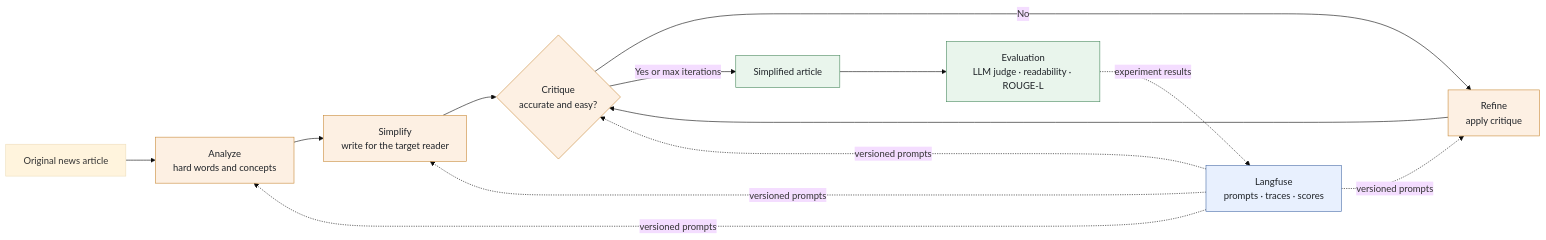
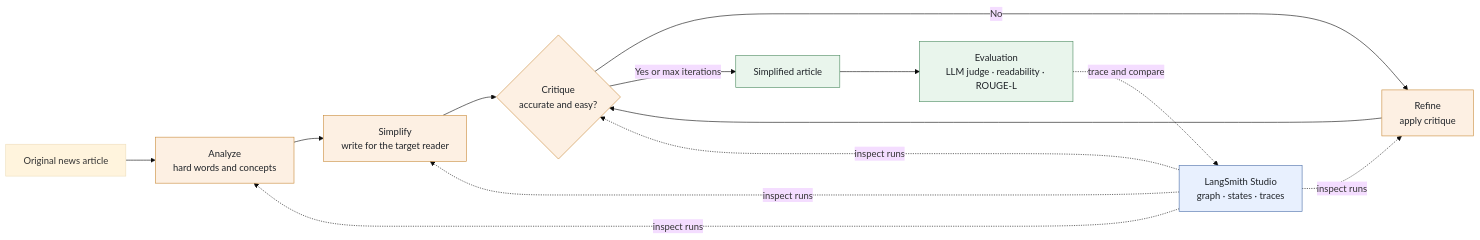
Before and after one commit to han942/ai-ds-projects: the diagram in projects/NLP_Newspaper_CUAI/README_AGENT.md, drawn with Mermaid (base theme). The commit also changed other lines of this file and 19 other files, not shown here.

````diff
--- a/projects/NLP_Newspaper_CUAI/README_AGENT.md
+++ b/projects/NLP_Newspaper_CUAI/README_AGENT.md
@@ -35,23 +35,23 @@
 ```mermaid
 flowchart LR
     IN["Original news article"] --> A["Analyze<br/>hard words and concepts"]
     A --> S["Simplify<br/>write for the target reader"]
     S --> C{"Critique<br/>accurate and easy?"}
     C -- "No" --> R["Refine<br/>apply critique"]
     R --> C
     C -- "Yes or max iterations" --> OUT["Simplified article"]
 
-    LF["Langfuse<br/>prompts · traces · scores"] -. "versioned prompts" .-> A
-    LF -. "versioned prompts" .-> S
-    LF -. "versioned prompts" .-> C
-    LF -. "versioned prompts" .-> R
+    LS["LangSmith Studio<br/>graph · states · traces"] -. "inspect runs" .-> A
+    LS -. "inspect runs" .-> S
+    LS -. "inspect runs" .-> C
+    LS -. "inspect runs" .-> R
     OUT --> E["Evaluation<br/>LLM judge · readability · ROUGE-L"]
-    E -. "experiment results" .-> LF
+    E -. "trace and compare" .-> LS
 
     classDef process fill:#fdf0e3,stroke:#c98b3a,color:#1f2328
     classDef platform fill:#e8f0fe,stroke:#4a6da7,color:#1f2328
     classDef result fill:#e9f5ec,stroke:#4a8a5f,color:#1f2328
     class A,S,C,R process
-    class LF platform
+    class LS platform
     class OUT,E result
 ```
````
